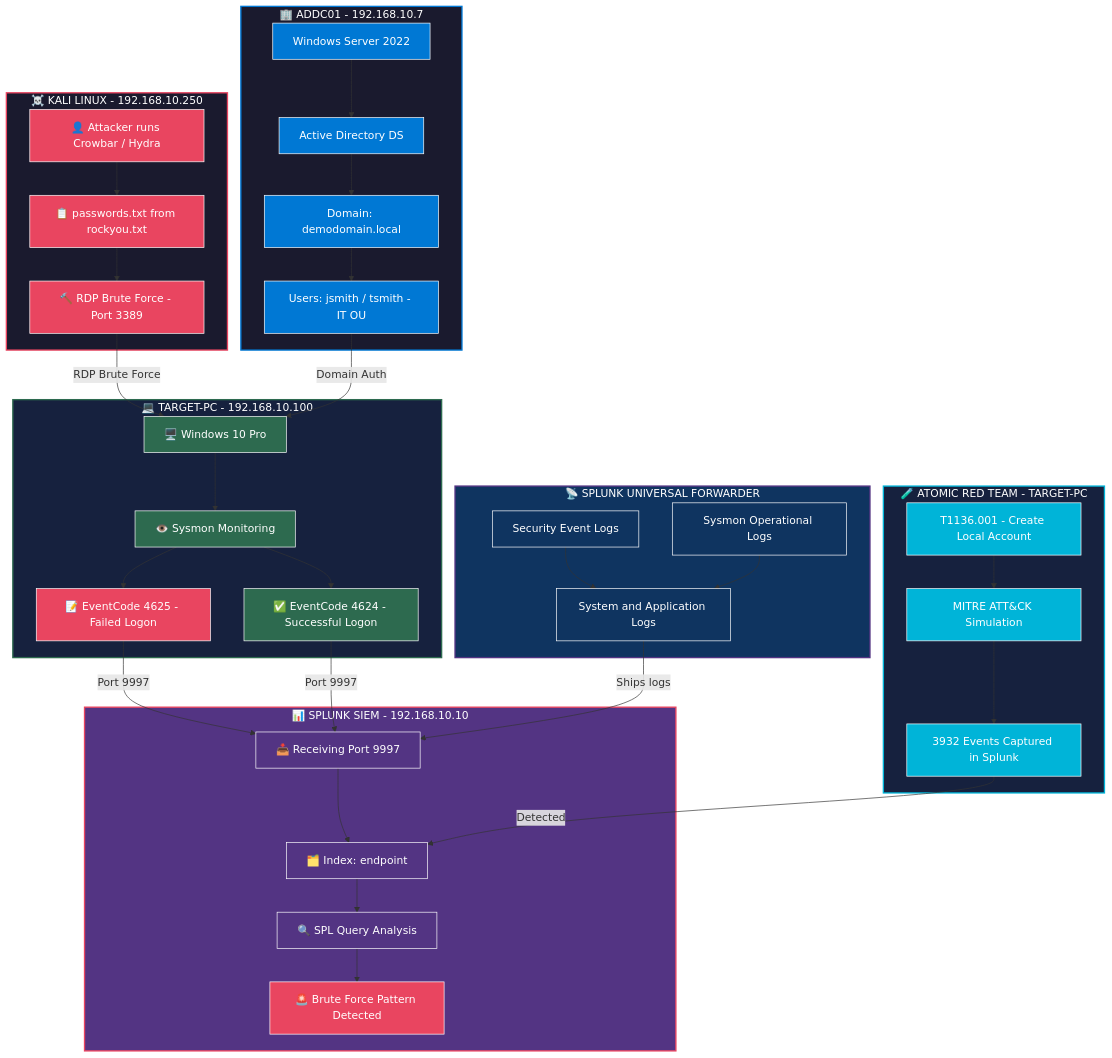
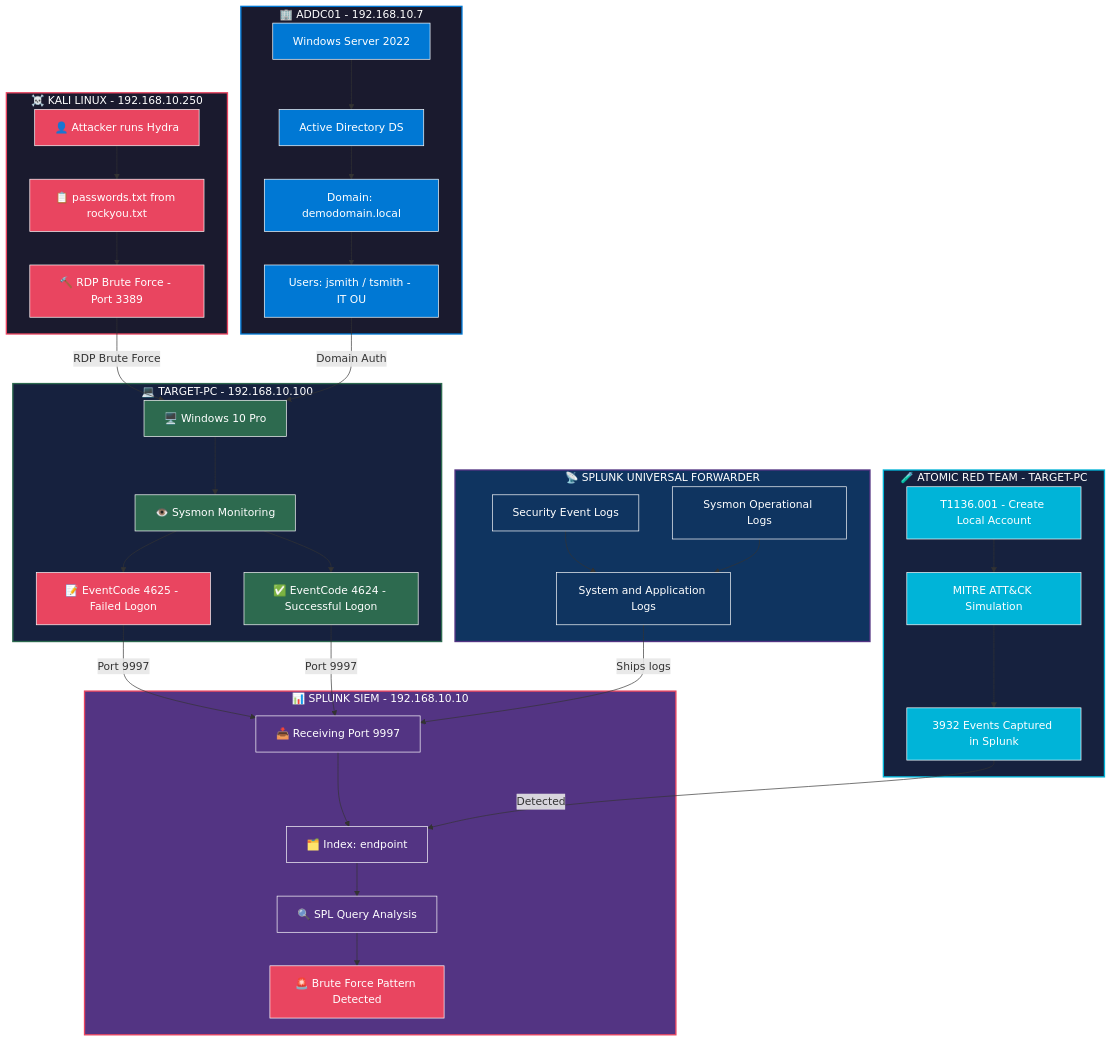
Before and after one commit to ojasy/Active_Directory_Lab: the diagram in README.md, drawn with Mermaid. The commit also changed other lines of this file, not shown here.

Commit message:
Remove mention of Crowbar from attack simulation

````diff
--- a/README.md
+++ b/README.md
@@ -40,7 +40,7 @@
 ```mermaid
 flowchart TD
     subgraph KALI["☠️ KALI LINUX - 192.168.10.250"]
-        A1[👤 Attacker runs Crowbar / Hydra]
+        A1[👤 Attacker runs Hydra]
         A2[📋 passwords.txt from rockyou.txt]
         A3[🔨 RDP Brute Force - Port 3389]
         A1 --> A2 --> A3
````
